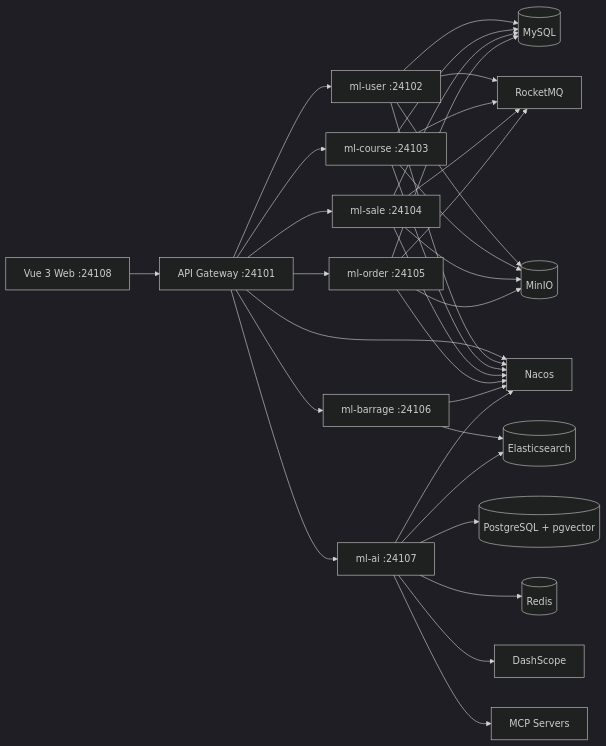
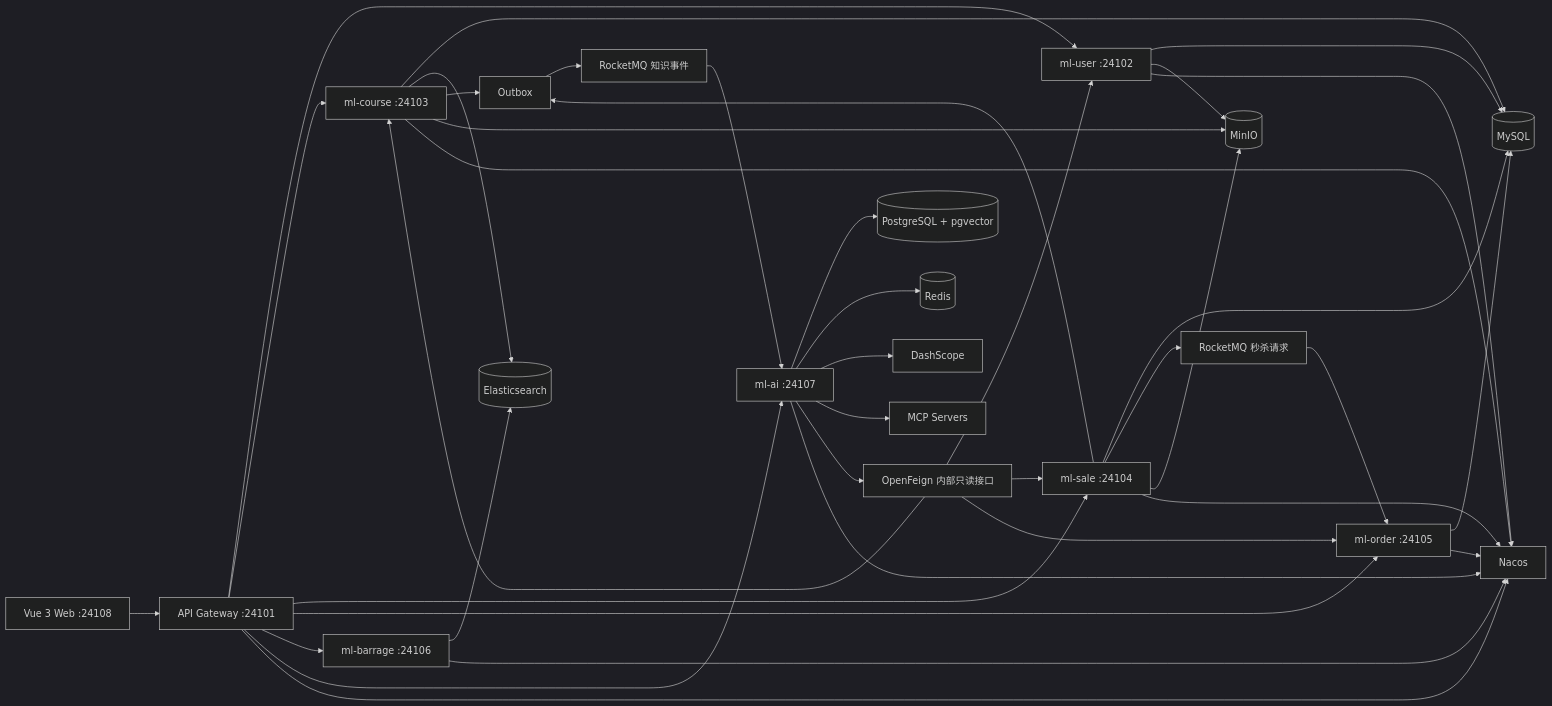
The diagram in README.md (yangaobo0235/my-lesson), drawn with Mermaid (dark theme) before and after one commit. The commit also changed other lines of this file and 20 other files, not shown here.

````diff
--- a/README.md
+++ b/README.md
@@ -62,27 +64,33 @@
 ```mermaid
 flowchart LR
     Web["Vue 3 Web :24108"] --> Gateway["API Gateway :24101"]
 
     Gateway --> User["ml-user :24102"]
     Gateway --> Course["ml-course :24103"]
     Gateway --> Sale["ml-sale :24104"]
     Gateway --> Order["ml-order :24105"]
     Gateway --> Barrage["ml-barrage :24106"]
     Gateway --> AI["ml-ai :24107"]
 
     User --> MySQL[("MySQL")]
     Course --> MySQL
     Sale --> MySQL
     Order --> MySQL
-    Barrage --> ES[("Elasticsearch")]
+    Course --> ES[("Elasticsearch")]
+    Barrage --> ES
 
     AI --> PG[("PostgreSQL + pgvector")]
     AI --> Redis[("Redis")]
-    AI --> ES
     AI --> DashScope["DashScope"]
     AI --> MCP["MCP Servers"]
+    AI --> InternalAPI["OpenFeign 内部只读接口"]
+    InternalAPI --> User & Course & Sale & Order
 
-    User & Course & Sale & Order --> MQ["RocketMQ"]
-    User & Course & Sale & Order --> MinIO[("MinIO")]
+    Course & Sale --> Outbox["Outbox"]
+    Outbox --> KnowledgeMQ["RocketMQ 知识事件"]
+    KnowledgeMQ --> AI
+    Sale --> SeckillMQ["RocketMQ 秒杀请求"]
+    SeckillMQ --> Order
+    User & Course & Sale --> MinIO[("MinIO")]
     Gateway & User & Course & Sale & Order & Barrage & AI --> Nacos["Nacos"]
 ```
````
